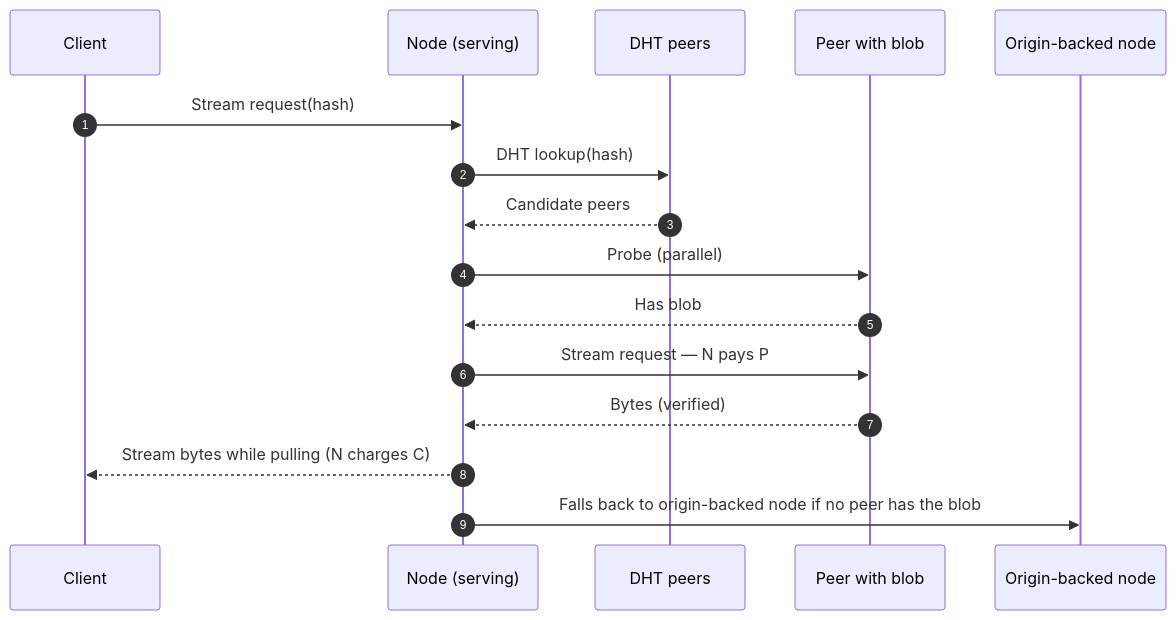
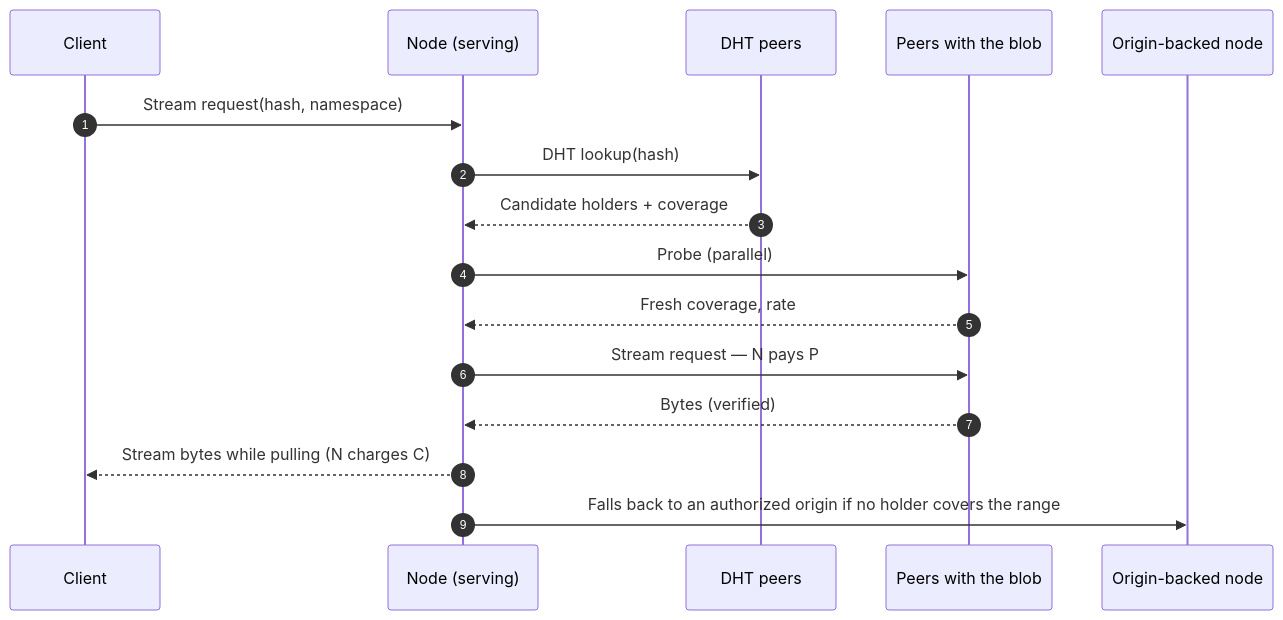
One commit to decdn/website changed the second of 2 diagrams in docs/overview/how-it-works.mdx. Above: the diagram before and after it, drawn with Mermaid. The commit also changed other lines of this file and 13 other files, not shown here.

````diff
--- a/docs/overview/how-it-works.mdx
+++ b/docs/overview/how-it-works.mdx
@@ -27,19 +28,19 @@
 ```mermaid
 sequenceDiagram
     autonumber
     participant C as Client
     participant N as Node (serving)
     participant D as DHT peers
-    participant P as Peer with blob
+    participant P as Peers with the blob
     participant O as Origin-backed node
 
-    C->>N: Stream request(hash)
+    C->>N: Stream request(hash, namespace)
     N->>D: DHT lookup(hash)
-    D-->>N: Candidate peers
+    D-->>N: Candidate holders + coverage
     N->>P: Probe (parallel)
-    P-->>N: Has blob
+    P-->>N: Fresh coverage, rate
     N->>P: Stream request — N pays P
     P-->>N: Bytes (verified)
     N-->>C: Stream bytes while pulling (N charges C)
-    N->>O: Falls back to origin-backed node if no peer has the blob
+    N->>O: Falls back to an authorized origin if no holder covers the range
 ```
````
